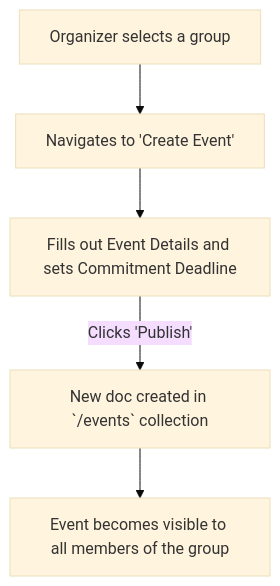
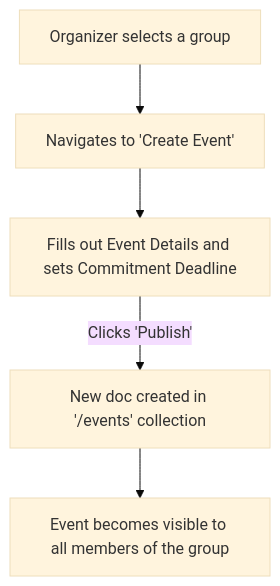
One commit to amitrke/getspot changed the fifth of 6 diagrams in docs/USER_JOURNEYS.md. Above: the diagram before and after it, drawn with Mermaid (base theme). The commit also changed other lines of this file, not shown here.

Commit message:
Update flow diagrams in USER_JOURNEYS.md to use single quotes for file paths

````diff
--- a/docs/USER_JOURNEYS.md
+++ b/docs/USER_JOURNEYS.md
@@ -84,7 +84,7 @@
 ```mermaid
 graph TD
     A[Organizer selects a group] --> B[Navigates to 'Create Event'];
     B --> C[Fills out Event Details and sets Commitment Deadline];
-    C -- Clicks 'Publish' --> D[New doc created in `/events` collection];
+    C -- Clicks 'Publish' --> D[New doc created in '/events' collection];
     D --> E[Event becomes visible to all members of the group];
 ```
````
